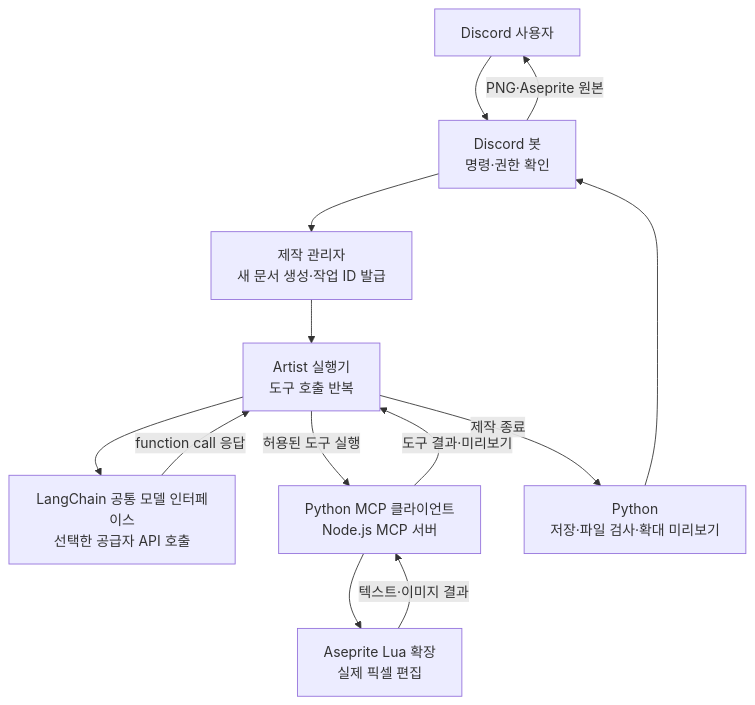
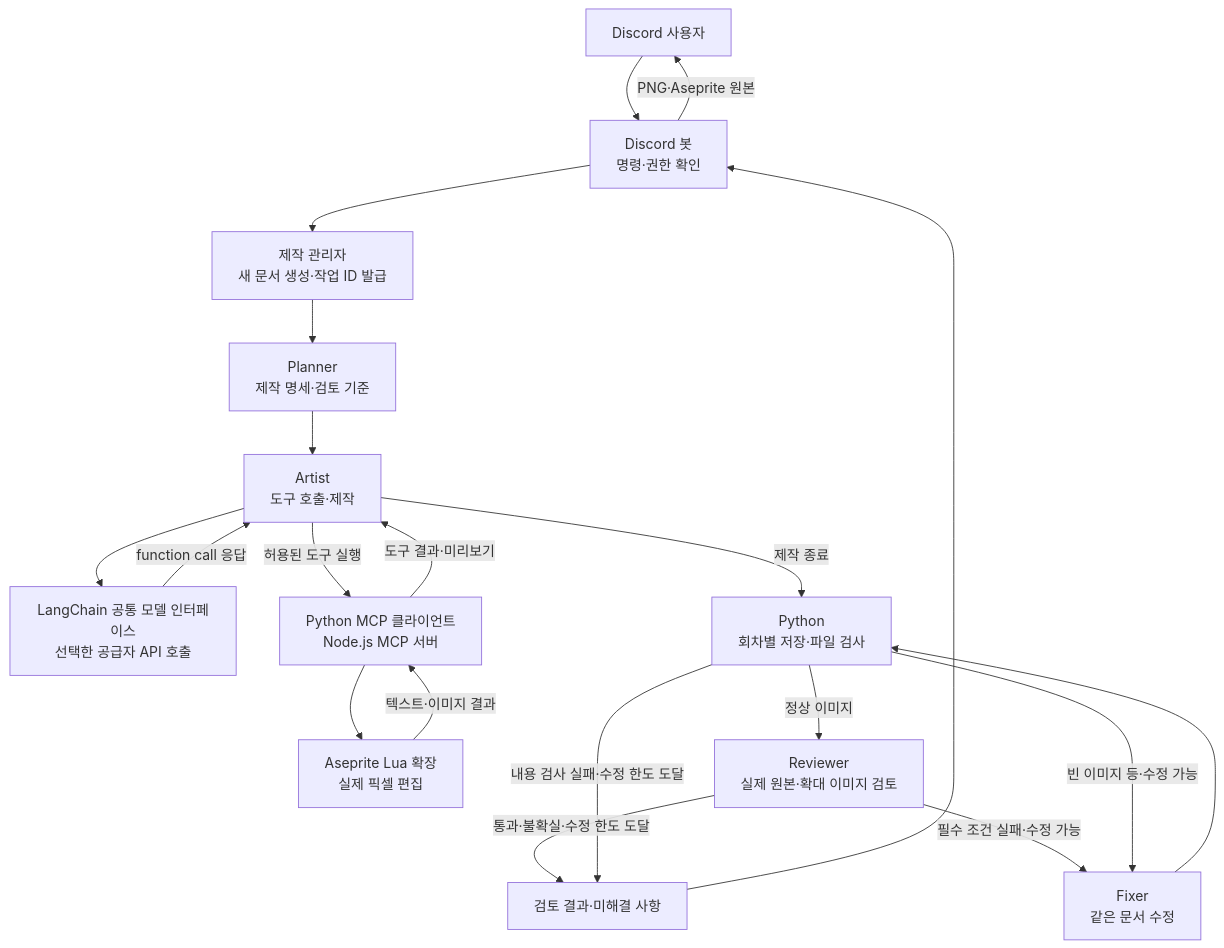
Before and after one commit to Chaewony/PixelStudio: the diagram in README.md, drawn with Mermaid. The commit also changed other lines of this file and 18 other files, not shown here.

````diff
--- a/README.md
+++ b/README.md
@@ -48,15 +58,22 @@
 ```mermaid
 flowchart TD
     user["Discord 사용자"] --> bot["Discord 봇<br/>명령·권한 확인"]
     bot --> artist["제작 관리자<br/>새 문서 생성·작업 ID 발급"]
-    artist --> runner["Artist 실행기<br/>도구 호출 반복"]
+    artist --> planner["Planner<br/>제작 명세·검토 기준"]
+    planner --> runner["Artist<br/>도구 호출·제작"]
     runner --> api["LangChain 공통 모델 인터페이스<br/>선택한 공급자 API 호출"]
     api -- "function call 응답" --> runner
     runner -- "허용된 도구 실행" --> mcp["Python MCP 클라이언트<br/>Node.js MCP 서버"]
     mcp --> aseprite["Aseprite Lua 확장<br/>실제 픽셀 편집"]
     aseprite -- "텍스트·이미지 결과" --> mcp
     mcp -- "도구 결과·미리보기" --> runner
-    runner -- "제작 종료" --> files["Python<br/>저장·파일 검사·확대 미리보기"]
-    files --> bot
+    runner -- "제작 종료" --> files["Python<br/>회차별 저장·파일 검사"]
+    files -- "정상 이미지" --> reviewer["Reviewer<br/>실제 원본·확대 이미지 검토"]
+    reviewer -- "통과·불확실·수정 한도 도달" --> result["검토 결과·미해결 사항"]
+    reviewer -- "필수 조건 실패·수정 가능" --> fixer["Fixer<br/>같은 문서 수정"]
+    files -- "빈 이미지 등·수정 가능" --> fixer
+    files -- "내용 검사 실패·수정 한도 도달" --> result
+    fixer --> files
+    result --> bot
     bot -- "PNG·Aseprite 원본" --> user
 ```
````
